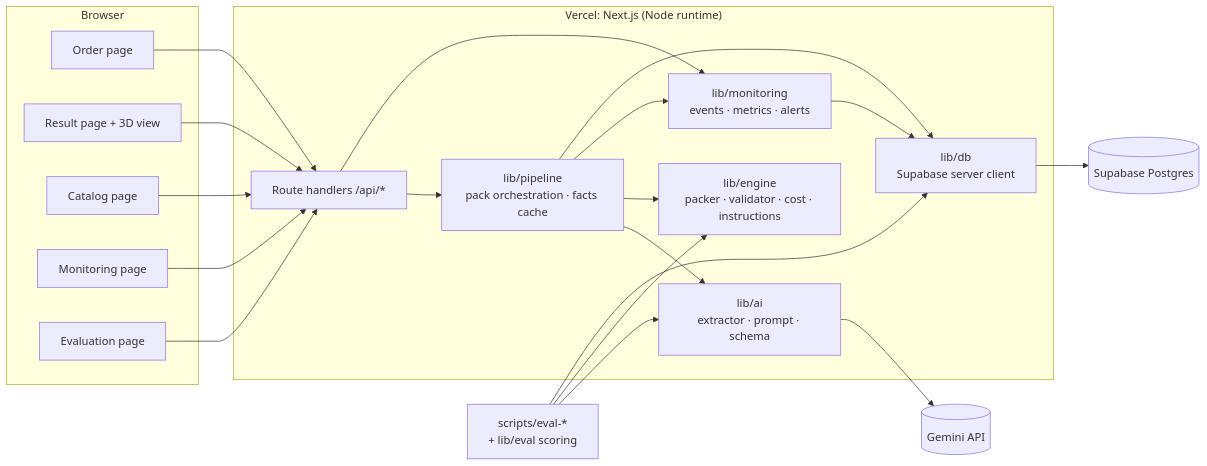
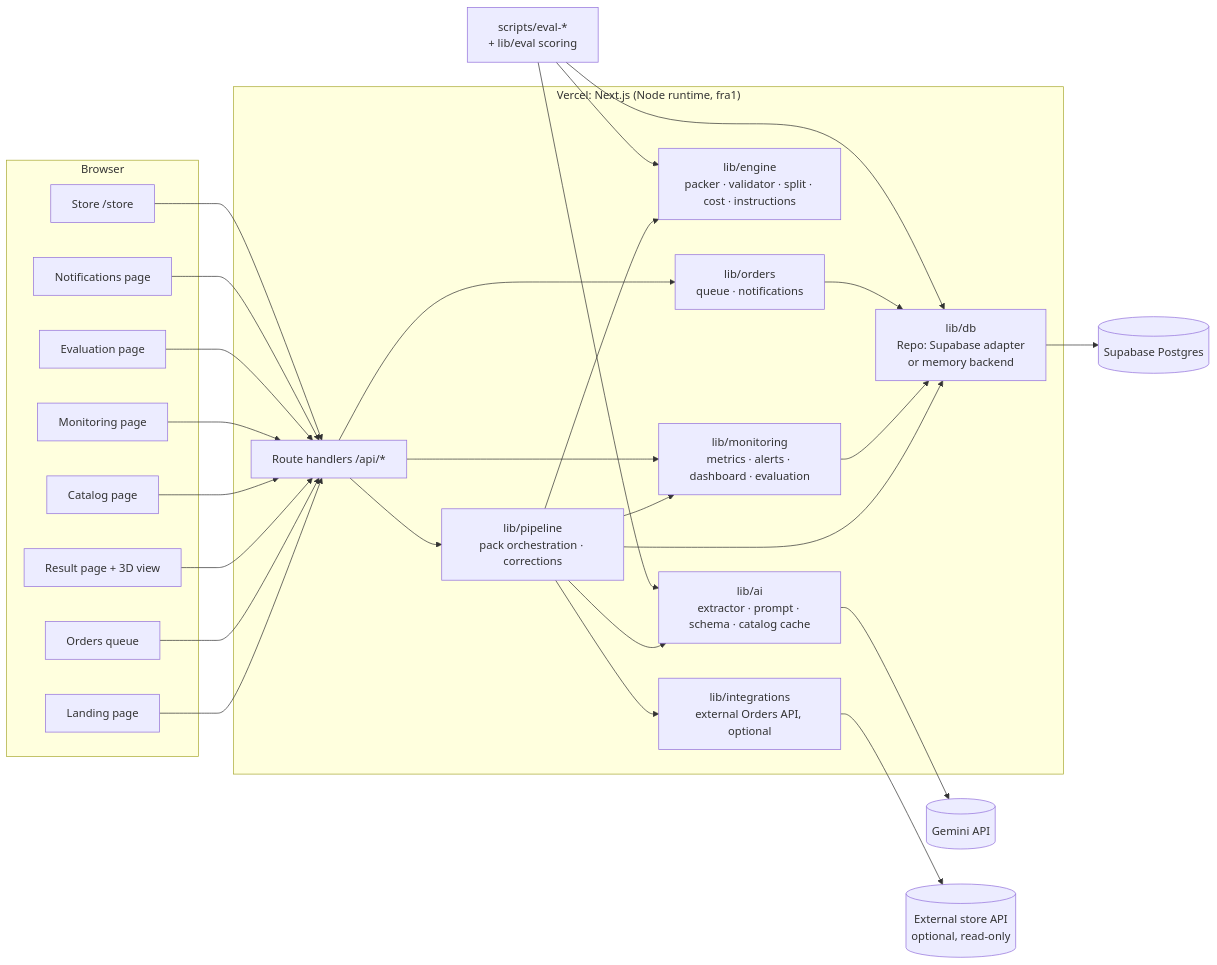
Before and after one commit to justAbdulaziz10/Rassah: the fourth of 4 diagrams in docs/diagrams.md, drawn with Mermaid. The commit also changed other lines of this file and 25 other files, not shown here.

````diff
--- a/docs/diagrams.md
+++ b/docs/diagrams.md
@@ -128,37 +128,46 @@
 ```mermaid
 flowchart LR
     subgraph Client["Browser"]
-        P1[Order page]
+        P0[Landing page]
+        P1[Orders queue]
         P2[Result page + 3D view]
+        P6[Notifications page]
         P3[Catalog page]
         P4[Monitoring page]
         P5[Evaluation page]
+        P7[Store /store]
     end
 
-    subgraph Vercel["Vercel: Next.js (Node runtime)"]
+    subgraph Vercel["Vercel: Next.js (Node runtime, fra1)"]
         RH[Route handlers /api/*]
-        PL[lib/pipeline<br/>pack orchestration · facts cache]
-        AI[lib/ai<br/>extractor · prompt · schema]
-        EN[lib/engine<br/>packer · validator · cost · instructions]
-        MO[lib/monitoring<br/>events · metrics · alerts]
-        DBL[lib/db<br/>Supabase server client]
+        PL[lib/pipeline<br/>pack orchestration · corrections]
+        AI[lib/ai<br/>extractor · prompt · schema · catalog cache]
+        EN[lib/engine<br/>packer · validator · split · cost · instructions]
+        MO[lib/monitoring<br/>metrics · alerts · dashboard · evaluation]
+        OR[lib/orders<br/>queue · notifications]
+        IN[lib/integrations<br/>external Orders API, optional]
+        DBL[lib/db<br/>Repo: Supabase adapter<br/>or memory backend]
     end
 
     GEM[(Gemini API)]
     SUP[(Supabase Postgres)]
+    EXT[(External store API<br/>optional, read-only)]
 
     EVS[scripts/eval-*<br/>+ lib/eval scoring]
 
-    P1 & P2 & P3 & P4 & P5 --> RH
+    P0 & P1 & P2 & P3 & P4 & P5 & P6 & P7 --> RH
     RH --> PL
+    RH --> OR
     PL --> AI --> GEM
     PL --> EN
     PL --> MO
+    PL --> IN --> EXT
     RH --> MO
     PL --> DBL
     MO --> DBL
+    OR --> DBL
     EVS --> AI
     EVS --> EN
     EVS --> DBL
     DBL --> SUP
 ```
````
